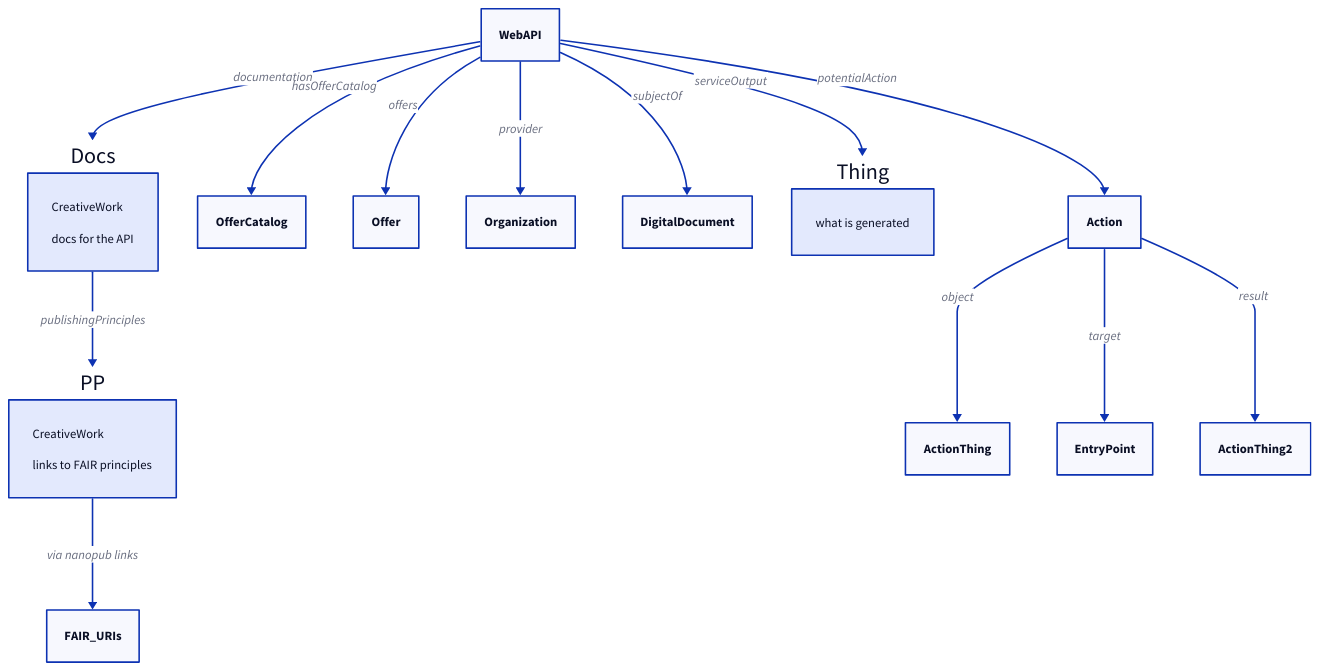
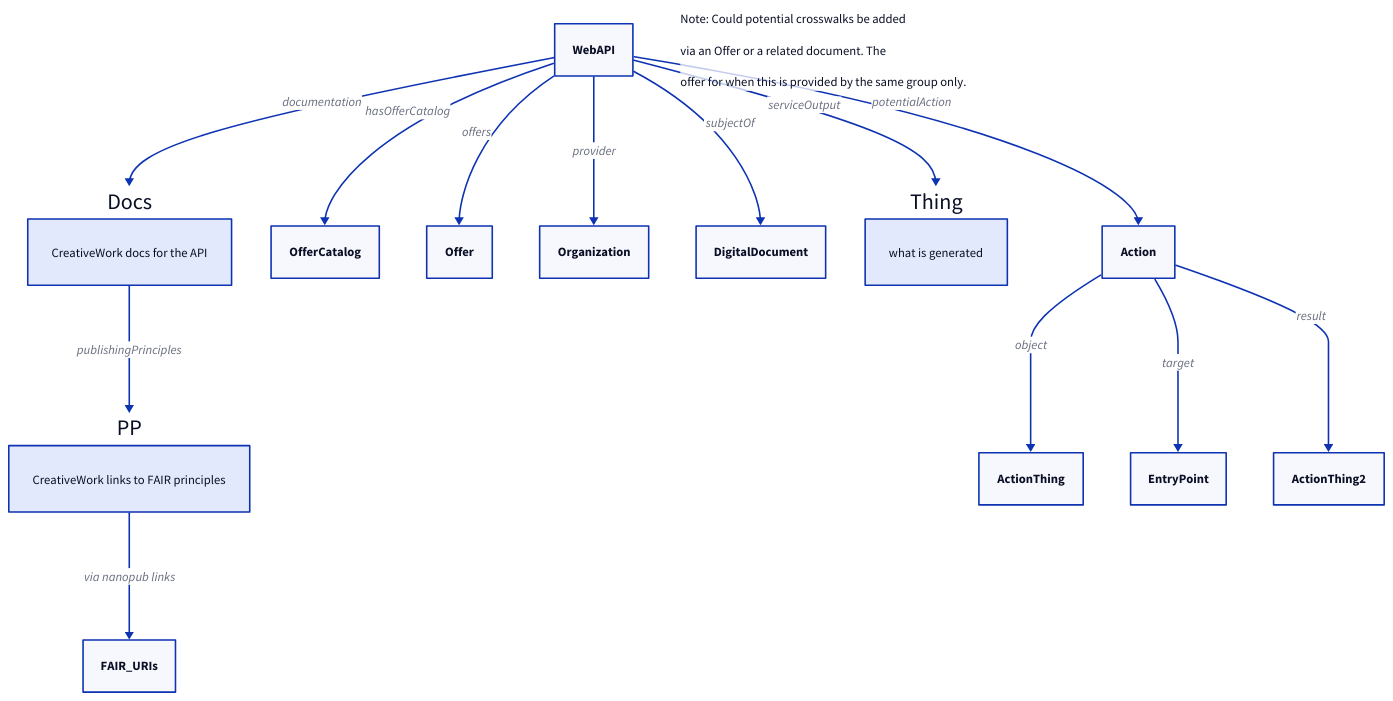
Before and after one commit to geoschemas-org/commoncore: the diagram in docs/images/schemaFAIR.d2, drawn with D2. The commit also changed 3 other files, not shown here.

Commit message:
diagram updates

```diff
--- a/docs/images/schemaFAIR.d2
+++ b/docs/images/schemaFAIR.d2
@@ -1,35 +1,42 @@
 WebAPI -> Docs: documentation
 
 Docs -> PP: publishingPrinciples
 
 Docs: { 
     about: |md CreativeWork 
-    
     docs for the API |
 }
 
 PP: {
     about: |md CreativeWork
-
     links to FAIR principles
     |
 }
 
 PP -> FAIR_URIs: via nanopub links
 
 WebAPI -> OfferCatalog: hasOfferCatalog
 WebAPI -> Offer: offers
 # OfferCatalog -> Offer: itemListElement
 
 WebAPI -> Organization: provider
 WebAPI -> Thing: serviceOutput
 Thing: {
 about: |md what is generated|
 }
 WebAPI -> Action: potentialAction
 
 Action -> ActionThing: object
 Action -> EntryPoint: target
 Action -> ActionThing2: result
 
 WebAPI -> DigitalDocument: subjectOf
+
+ex: |md
+Note:  Could potential crosswalks be added
+
+via an Offer or a related document.  The
+
+offer for when this is provided by the same group
+only.
+|
```
